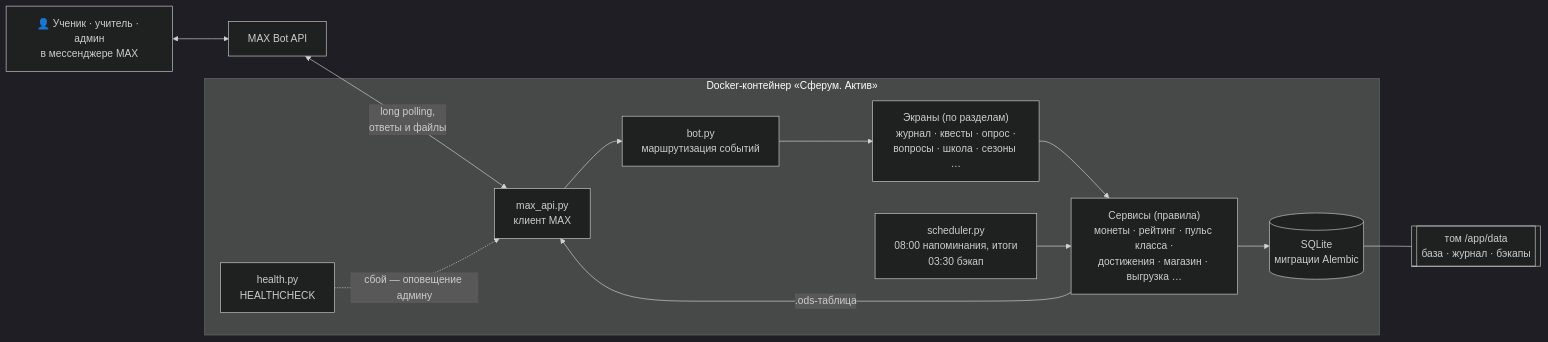
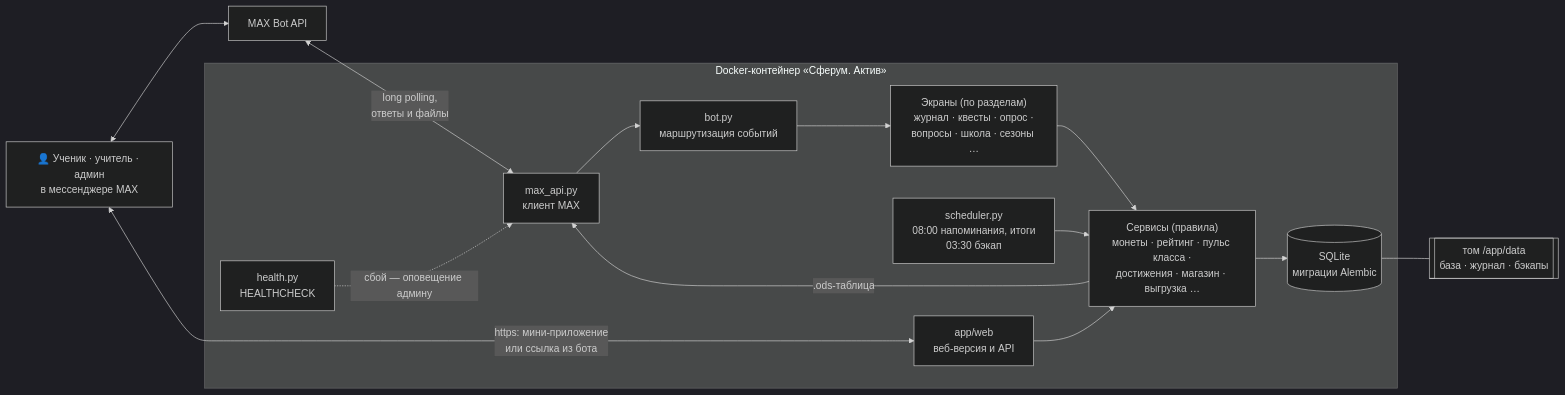
Before and after one commit to decoderus/ideya_fiks_47_bot: the diagram in README.md, drawn with Mermaid (dark theme). The commit also changed other lines of this file and 13 other files, not shown here.

Commit message:
Веб-версия: мини-приложение MAX и вход по одноразовой ссылке из бота

````diff
--- a/README.md
+++ b/README.md
@@ -314,17 +328,20 @@
 ```mermaid
 flowchart LR
     U["👤 Ученик · учитель · админ<br/>в мессенджере MAX"] <--> API["MAX Bot API"]
     API <-->|"long polling,<br/>ответы и файлы"| CL["max_api.py<br/>клиент MAX"]
 
     subgraph BOT["Docker-контейнер «Сферум. Актив»"]
         CL --> R["bot.py<br/>маршрутизация событий"]
         R --> V["Экраны (по разделам)<br/>журнал · квесты · опрос ·<br/>вопросы · школа · сезоны …"]
         V --> S["Сервисы (правила)<br/>монеты · рейтинг · пульс класса ·<br/>достижения · магазин · выгрузка …"]
         S --> DB[("SQLite<br/>миграции Alembic")]
         SCH["scheduler.py<br/>08:00 напоминания, итоги<br/>03:30 бэкап"] --> S
         H["health.py<br/>HEALTHCHECK"] -.->|"сбой — оповещение админу"| CL
+        W["app/web<br/>веб-версия и API"] --> S
     end
+
+    U <-->|"https: мини-приложение<br/>или ссылка из бота"| W
 
     DB --- VOL[["том /app/data<br/>база · журнал · бэкапы"]]
     S -->|".ods-таблица"| CL
 ```
````
